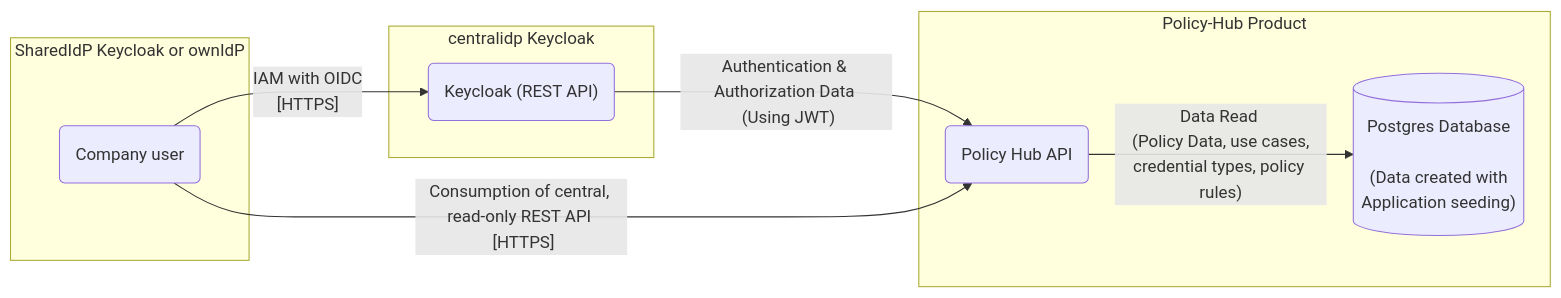
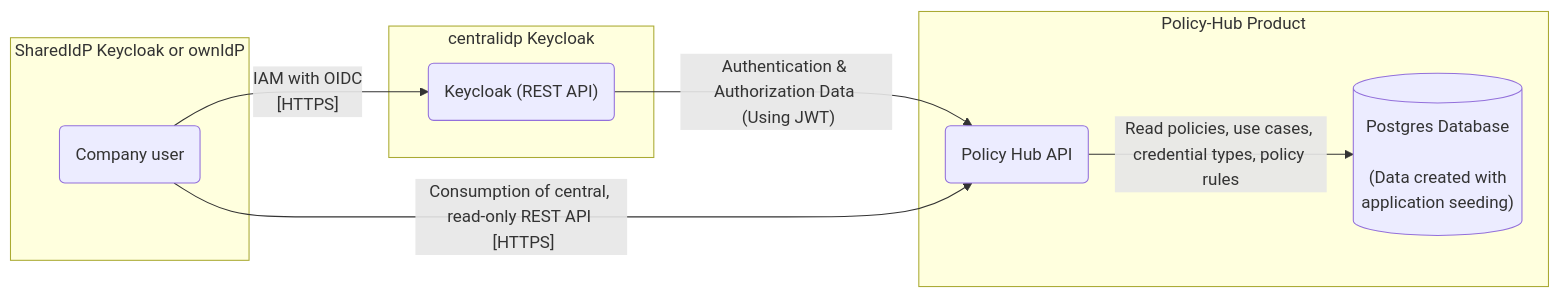
Before and after one commit to eclipse-tractusx/policy-hub: the diagram in docs/technical-documentation/Security_Assessment.md, drawn with Mermaid. The commit also changed other lines of this file, not shown here.

````diff
--- a/docs/technical-documentation/Security_Assessment.md
+++ b/docs/technical-documentation/Security_Assessment.md
@@ -37,26 +30,26 @@
 ```mermaid
 flowchart LR
 
     CU(Company user)
     K("Keycloak (REST API)")
     PH(Policy Hub API)
-    PHD[("Postgres Database \n \n (Data created with \nApplication seeding)")]
+    PHD[("Postgres Database \n \n (Data created with \n application seeding)")]
 
     subgraph centralidp[centralidp Keycloak]
      K
     end
 
     subgraph companyrealm[SharedIdP Keycloak or ownIdP]
      CU
     end
 
     subgraph Policy-Hub Product   
      PH
      PHD
     end
 
     K-->|"Authentication & Authorization Data \n (Using JWT)"|PH     
     CU-->|"Consumption of central, read-only REST API \n [HTTPS]"|PH
-    PH-->|"Data Read \n (Policy Data, use cases, credential types, policy rules)"|PHD
+    PH-->|"Read policies, use cases, credential types, policy rules"|PHD
     CU-->|"IAM with OIDC \n [HTTPS]"|K
 ```
````
